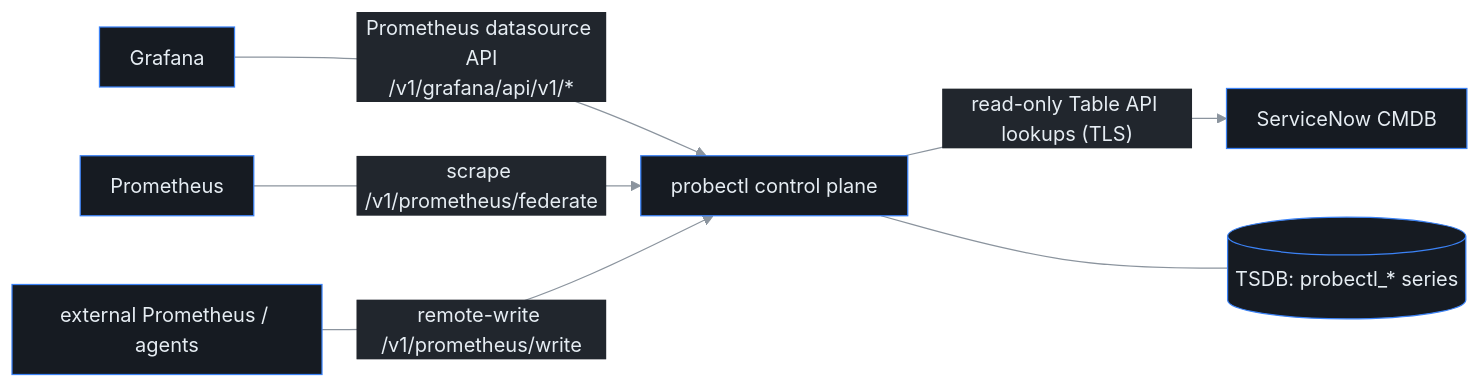
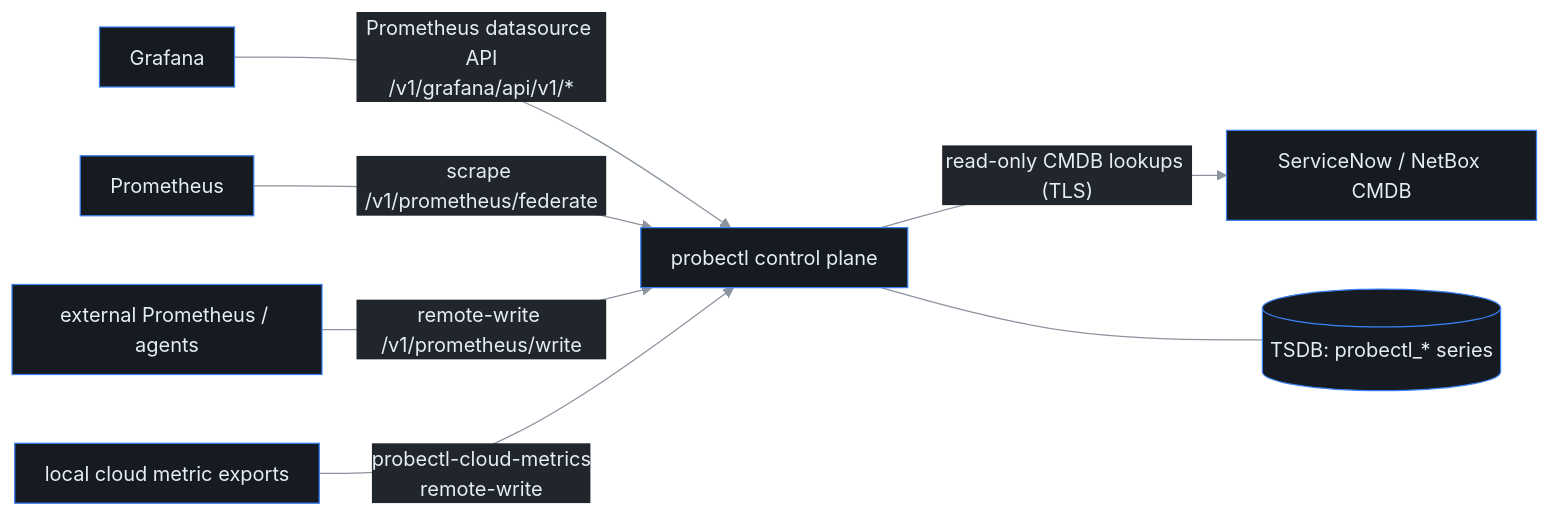
The diagram in docs/ecosystem-integrations.md (ctlplne/probectl), drawn with Mermaid before and after one commit. The commit also changed other lines of this file and 25 other files, not shown here.

````diff
--- a/docs/ecosystem-integrations.md
+++ b/docs/ecosystem-integrations.md
@@ -23,9 +27,10 @@
 ```mermaid
 %%{init: {'theme':'base','themeVariables':{'background':'#0d1117','primaryColor':'#161b22','primaryTextColor':'#e6edf3','primaryBorderColor':'#3b82f6','lineColor':'#8b949e','secondaryColor':'#21262d','tertiaryColor':'#0d1117','clusterBkg':'#161b22','clusterBorder':'#30363d','fontFamily':'ui-monospace, SFMono-Regular, Menlo, monospace'},'flowchart':{'curve':'basis','nodeSpacing':55,'rankSpacing':55,'padding':12}}}%%
 flowchart LR
   G[Grafana] -- "Prometheus datasource API\n/v1/grafana/api/v1/*" --> P[probectl control plane]
   Prom[Prometheus] -- "scrape /v1/prometheus/federate" --> P
   Ext[external Prometheus / agents] -- "remote-write /v1/prometheus/write" --> P
-  P -- "read-only Table API lookups (TLS)" --> SN[ServiceNow CMDB]
+  Cloud[local cloud metric exports] -- "probectl-cloud-metrics\nremote-write" --> P
+  P -- "read-only CMDB lookups (TLS)" --> SN[ServiceNow / NetBox CMDB]
   P --- T[(TSDB: probectl_* series)]
 ```
````
